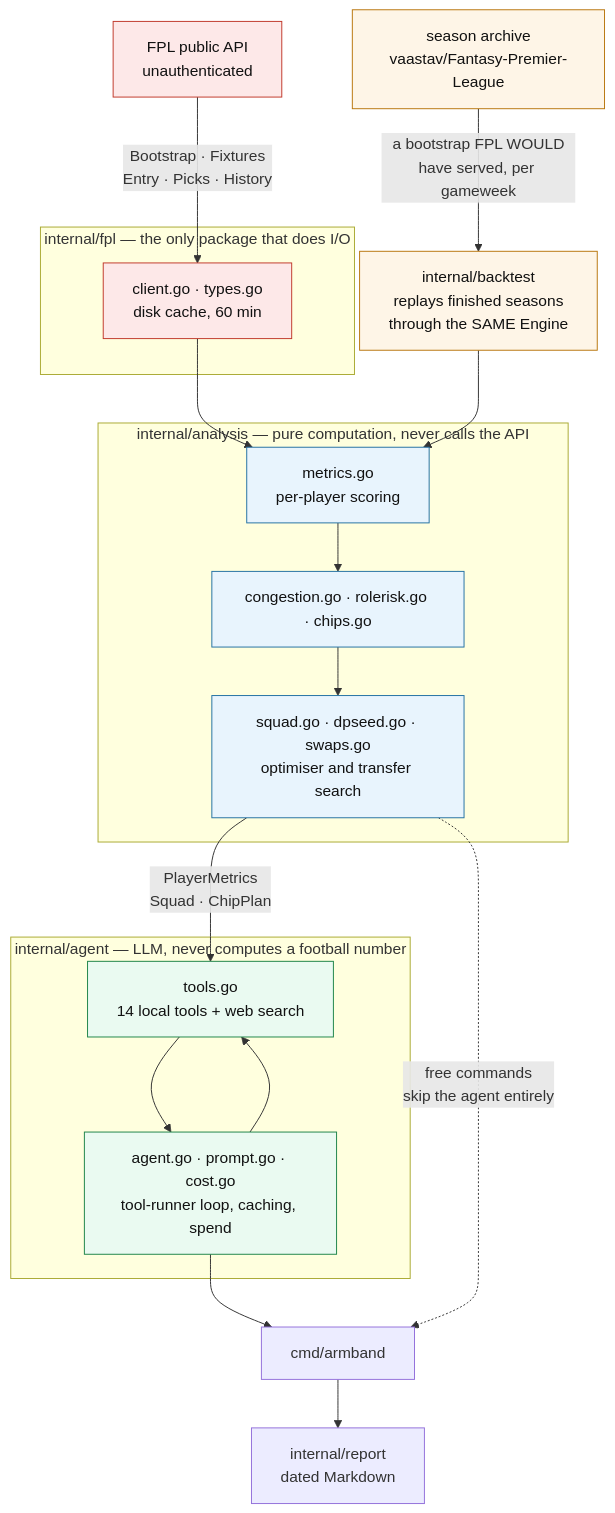
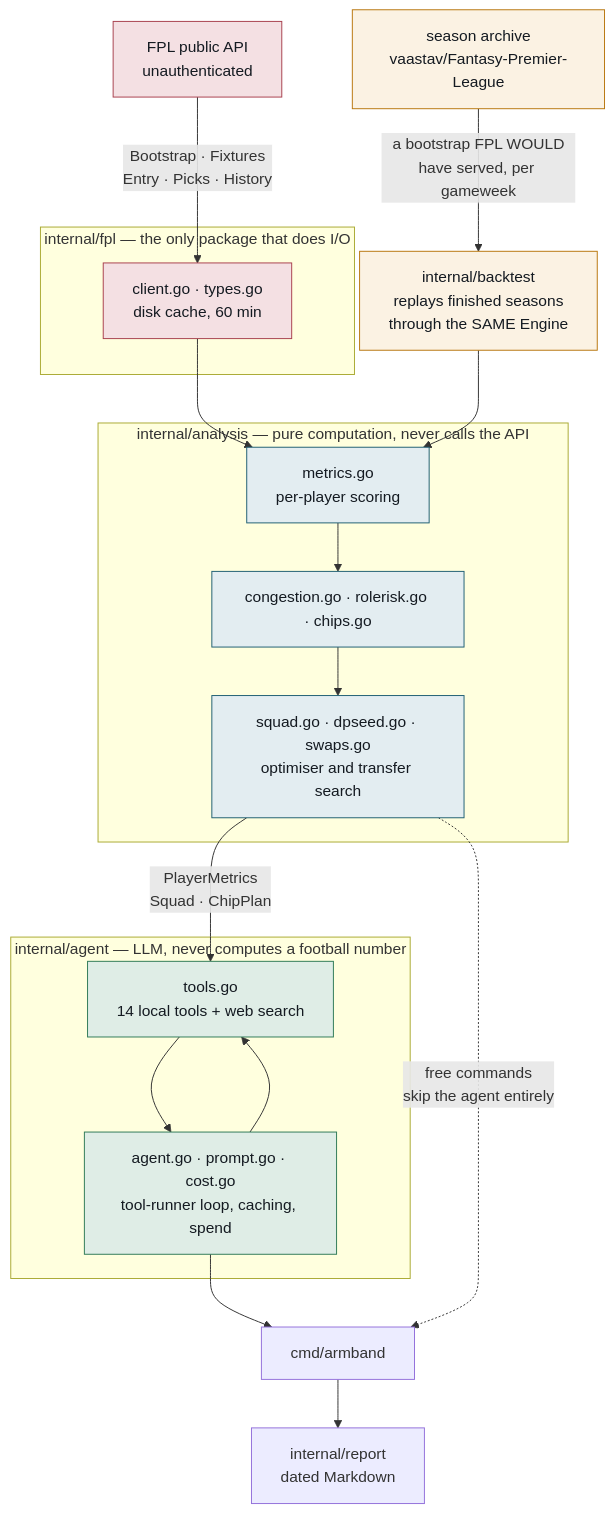
The first of 4 diagrams in docs/architecture.md (beeradb/FPL-Armband), drawn with Mermaid before and after one commit. The commit also changed other lines of this file and 12 other files, not shown here.

````diff
--- a/docs/architecture.md
+++ b/docs/architecture.md
@@ -8,46 +9,46 @@
 ```mermaid
 flowchart TB
     api["FPL public API<br/>unauthenticated"]
 
     subgraph fpl["internal/fpl — the only package that does I/O"]
         client["client.go · types.go<br/>disk cache, 60 min"]
     end
 
     subgraph analysis["internal/analysis — pure computation, never calls the API"]
         metrics["metrics.go<br/>per-player scoring"]
         support["congestion.go · rolerisk.go · chips.go"]
         squad["squad.go · dpseed.go · swaps.go<br/>optimiser and transfer search"]
     end
 
     subgraph agent["internal/agent — LLM, never computes a football number"]
         tools["tools.go<br/>14 local tools + web search"]
         loop["agent.go · prompt.go · cost.go<br/>tool-runner loop, caching, spend"]
     end
 
     cmd["cmd/armband"]
     report["internal/report<br/>dated Markdown"]
     archive["season archive<br/>vaastav/Fantasy-Premier-League"]
     replay["internal/backtest<br/>replays finished seasons<br/>through the SAME Engine"]
 
     api -->|"Bootstrap · Fixtures<br/>Entry · Picks · History"| client
     client --> metrics
     metrics --> support
     support --> squad
     squad -->|"PlayerMetrics<br/>Squad · ChipPlan"| tools
     tools --> loop
     loop --> tools
     loop --> cmd
     squad -.->|"free commands<br/>skip the agent entirely"| cmd
     cmd --> report
     archive -->|"a bootstrap FPL WOULD<br/>have served, per gameweek"| replay
     replay --> metrics
 
-    classDef io fill:#fde8e8,stroke:#c0392b,color:#111
-    classDef pure fill:#e8f4fd,stroke:#2471a3,color:#111
-    classDef llm fill:#eafaf1,stroke:#1e8449,color:#111
-    classDef test fill:#fef5e7,stroke:#b9770e,color:#111
+    classDef io fill:#F4E0E3,stroke:#A8404E,color:#141A21
+    classDef pure fill:#E3EDF1,stroke:#1F5F73,color:#141A21
+    classDef llm fill:#DFEDE6,stroke:#2F7A57,color:#141A21
+    classDef test fill:#FBF2E3,stroke:#B9770E,color:#141A21
     class api,client io
     class metrics,support,squad pure
     class tools,loop llm
     class archive,replay test
 ```
````
